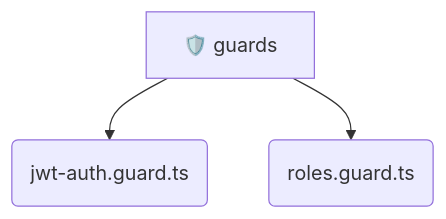
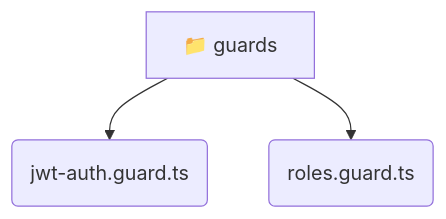
The diagram in backend/src/common/guards/README.md (beginwebdev2002/fullstack-mavluda), drawn with Mermaid before and after one commit. The commit also changed other lines of this file and 155 other files, not shown here.

````diff
--- a/backend/src/common/guards/README.md
+++ b/backend/src/common/guards/README.md
@@ -9,6 +9,6 @@
 ```mermaid
 graph TD
-  guards[🛡️ guards]
-  guards --> jwt_auth_guard_ts(jwt-auth.guard.ts)
-  guards --> roles_guard_ts(roles.guard.ts)
+  guards[📁 guards]
+  guards --> guards_jwt_auth_guard_ts(jwt-auth.guard.ts)
+  guards --> guards_roles_guard_ts(roles.guard.ts)
 ```
````
